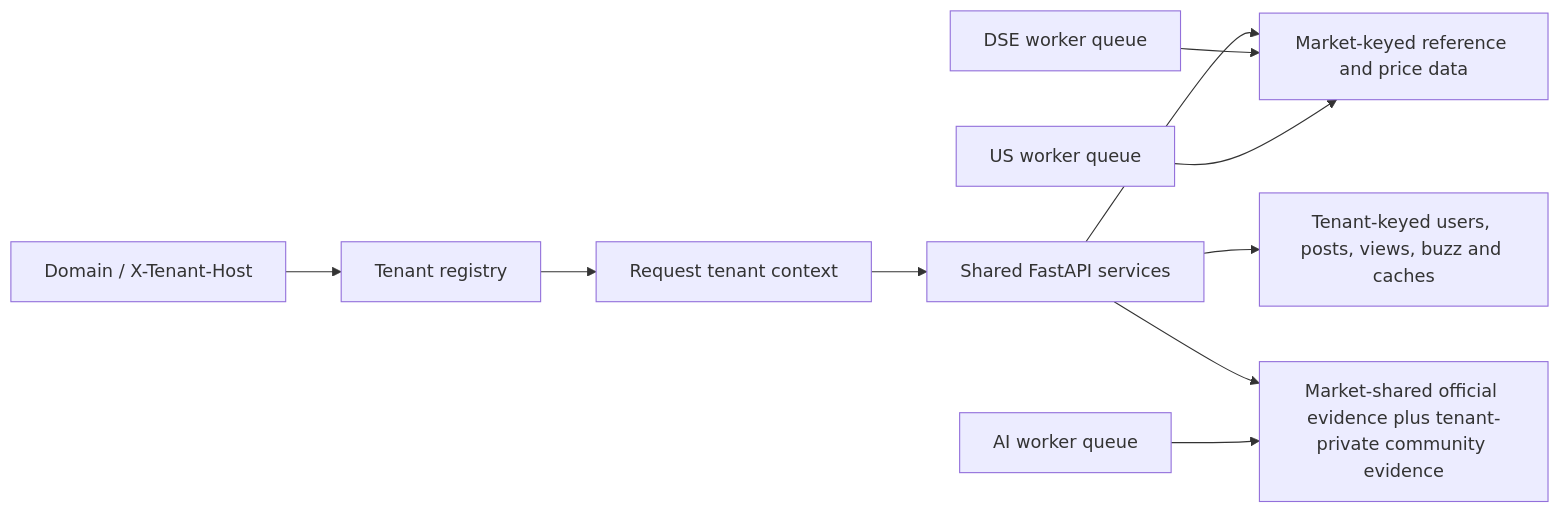
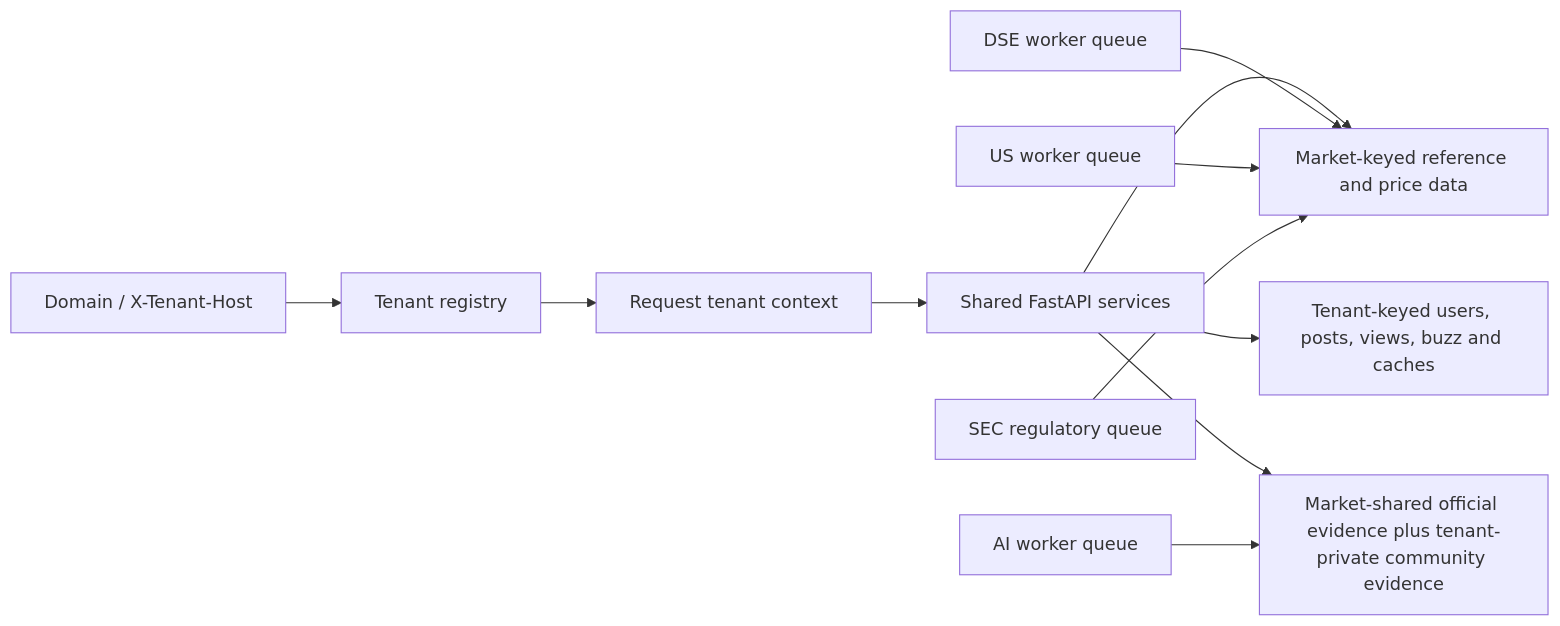
The diagram in docs/architecture/multi-tenant-us-readiness.md (iliassays/bullsoftheworld), drawn with Mermaid before and after one commit. The commit also changed other lines of this file and 57 other files, not shown here.

````diff
--- a/docs/architecture/multi-tenant-us-readiness.md
+++ b/docs/architecture/multi-tenant-us-readiness.md
@@ -15,12 +15,13 @@
 ```mermaid
 flowchart LR
   Host["Domain / X-Tenant-Host"] --> Registry["Tenant registry"]
   Registry --> Context["Request tenant context"]
   Context --> API["Shared FastAPI services"]
   API --> Market["Market-keyed reference and price data"]
   API --> Tenant["Tenant-keyed users, posts, views, buzz and caches"]
   API --> RAG["Market-shared official evidence plus tenant-private community evidence"]
   DSE["DSE worker queue"] --> Market
   US["US worker queue"] --> Market
+  SEC["SEC regulatory queue"] --> Market
   AI["AI worker queue"] --> RAG
 ```
````
